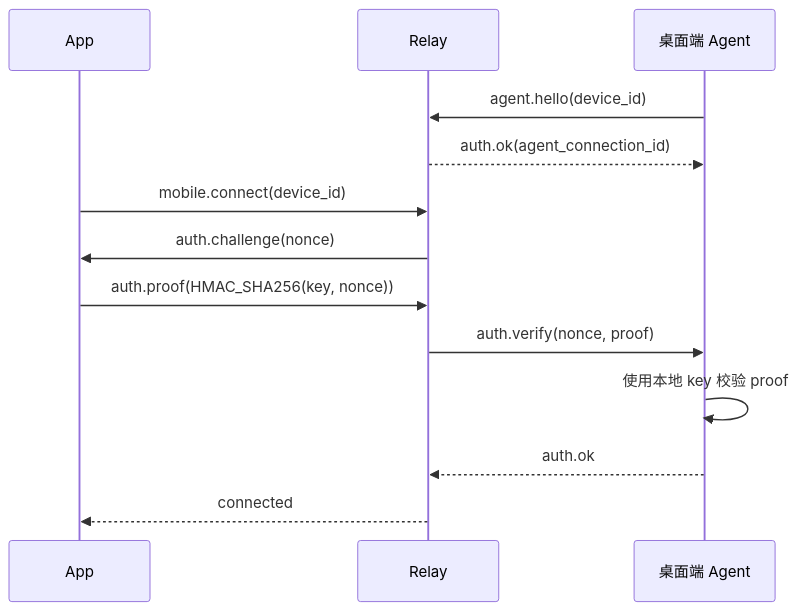
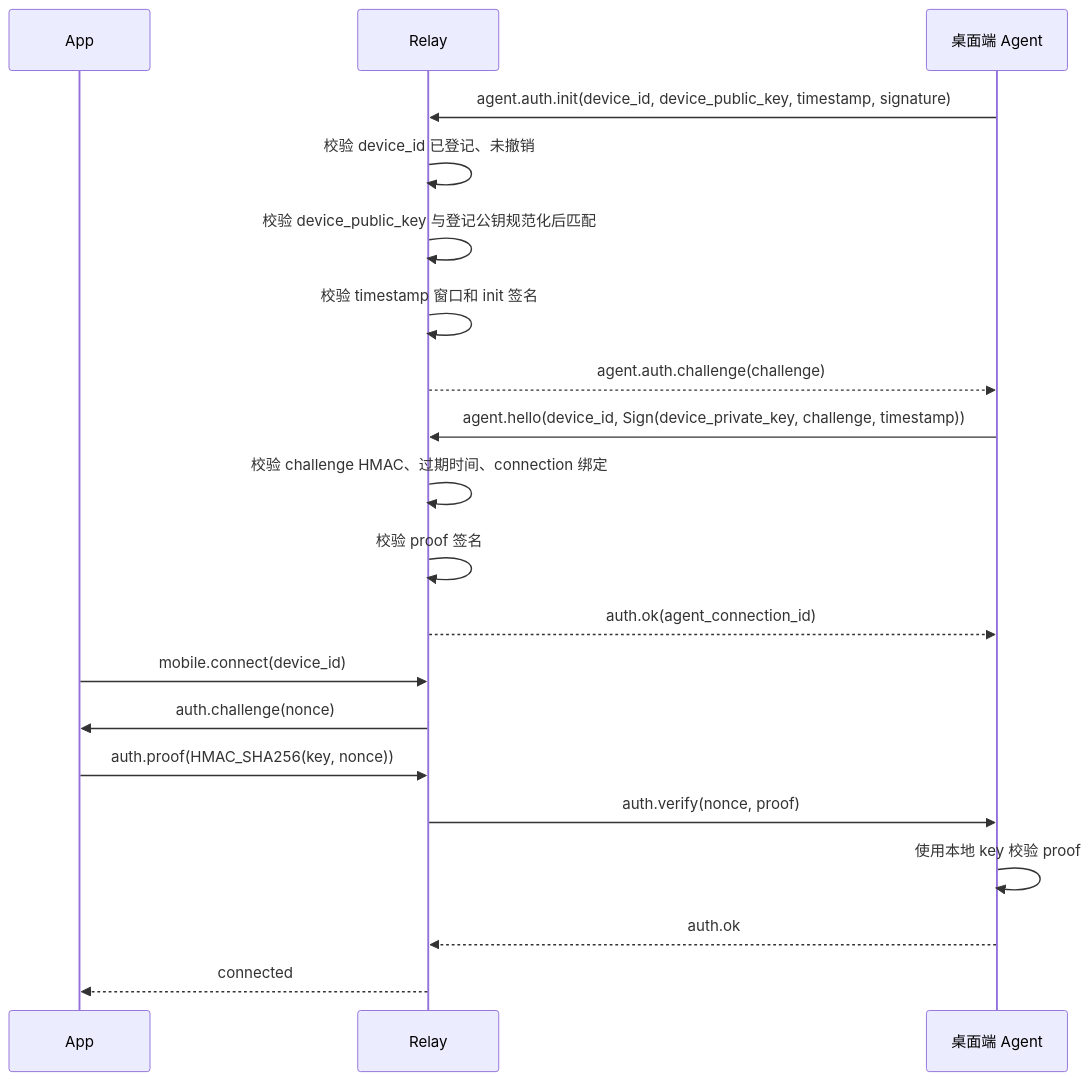
One commit to zhangbozhb/OmniWork changed the first of 2 diagrams in docs/auth-key-design.md. Above: the diagram before and after it, drawn with Mermaid. The commit also changed other lines of this file and 25 other files, not shown here.

Commit message:
Harden agent device authentication

````diff
--- a/docs/auth-key-design.md
+++ b/docs/auth-key-design.md
@@ -114,16 +114,23 @@
 ```mermaid
 sequenceDiagram
   participant A as App
   participant R as Relay
   participant M as 桌面端 Agent
 
-  M->>R: agent.hello(device_id)
+  M->>R: agent.auth.init(device_id, device_public_key, timestamp, signature)
+  R->>R: 校验 device_id 已登记、未撤销
+  R->>R: 校验 device_public_key 与登记公钥规范化后匹配
+  R->>R: 校验 timestamp 窗口和 init 签名
+  R-->>M: agent.auth.challenge(challenge)
+  M->>R: agent.hello(device_id, Sign(device_private_key, challenge, timestamp))
+  R->>R: 校验 challenge HMAC、过期时间、connection 绑定
+  R->>R: 校验 proof 签名
   R-->>M: auth.ok(agent_connection_id)
   A->>R: mobile.connect(device_id)
   R->>A: auth.challenge(nonce)
   A->>R: auth.proof(HMAC_SHA256(key, nonce))
   R->>M: auth.verify(nonce, proof)
   M->>M: 使用本地 key 校验 proof
   M-->>R: auth.ok
   R-->>A: connected
 ```
````
